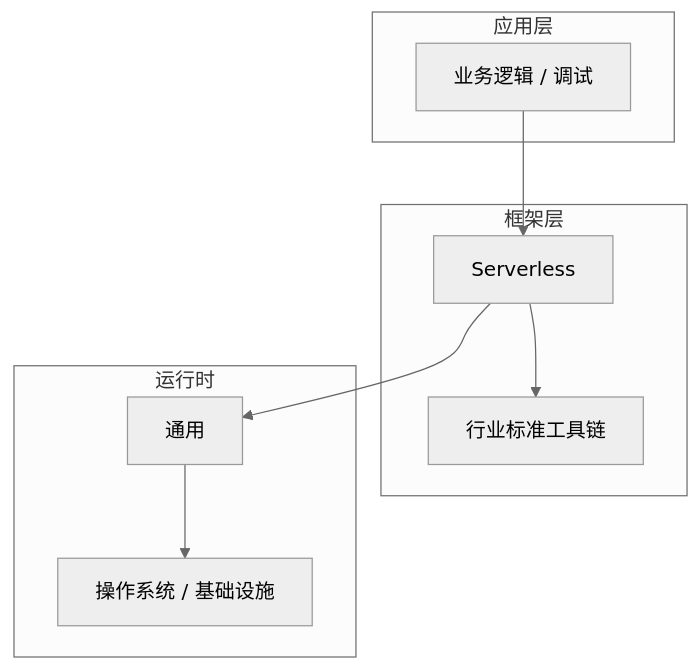
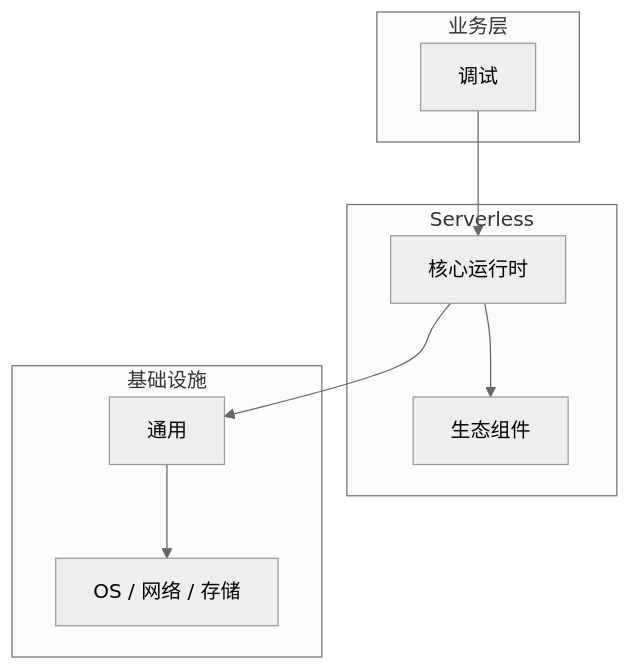
Before and after one commit to yanggan2015/knowledge-json-v2: the diagram in articles/Serverless/chapters/051-调试核心概念与原理.md, drawn with Mermaid (neutral theme). The commit also changed other lines of this file and 10127 other files, not shown here.

````diff
--- a/articles/Serverless/chapters/051-调试核心概念与原理.md
+++ b/articles/Serverless/chapters/051-调试核心概念与原理.md
@@ -45,18 +34,18 @@
 ```mermaid
 graph TB
-    subgraph 应用层
-        A[业务逻辑 / 调试]
+    subgraph 业务层
+        A[调试]
     end
-    subgraph 框架层
-        B[Serverless]
-        C[行业标准工具链]
+    subgraph Serverless
+        B[核心运行时]
+        C[生态组件]
     end
-    subgraph 运行时
+    subgraph 基础设施
         D[通用]
-        E[操作系统 / 基础设施]
+        E[OS / 网络 / 存储]
     end
     A --> B
     B --> C
     B --> D
     D --> E
 ```
````
